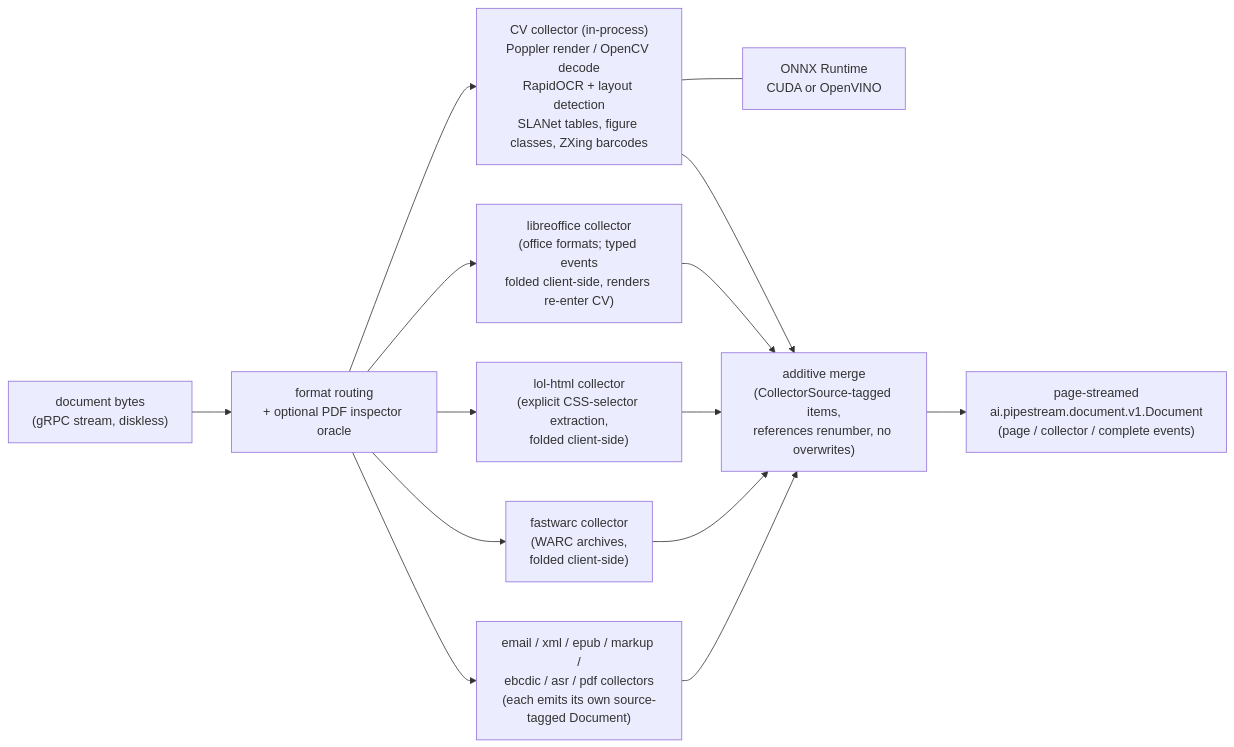
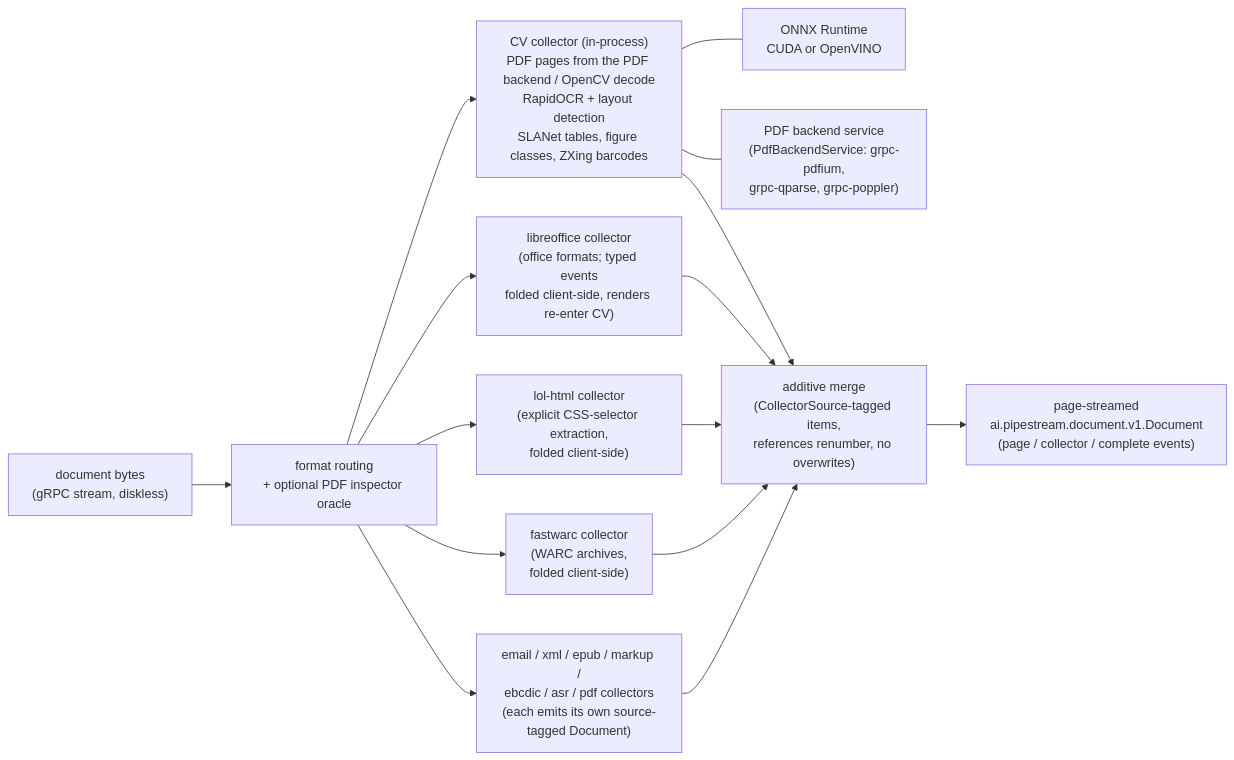
Before and after one commit to ai-pipestream/gRParse: the first of 2 diagrams in README.md, drawn with Mermaid. The commit also changed other lines of this file and 48 other files, not shown here.

````diff
--- a/README.md
+++ b/README.md
@@ -20,16 +20,17 @@
 ```mermaid
 flowchart LR
     in["document bytes<br/>(gRPC stream, diskless)"] --> route["format routing<br/>+ optional PDF inspector oracle"]
-    route --> cv["CV collector (in-process)<br/>Poppler render / OpenCV decode<br/>RapidOCR + layout detection<br/>SLANet tables, figure classes, ZXing barcodes"]
+    route --> cv["CV collector (in-process)<br/>PDF pages from the PDF backend / OpenCV decode<br/>RapidOCR + layout detection<br/>SLANet tables, figure classes, ZXing barcodes"]
     cv --- ort["ONNX Runtime<br/>CUDA or OpenVINO"]
+    cv --- pdfb["PDF backend service<br/>(PdfBackendService: grpc-pdfium,<br/>grpc-qparse, grpc-poppler)"]
     route --> lo["libreoffice collector<br/>(office formats; typed events<br/>folded client-side, renders re-enter CV)"]
     route --> lol["lol-html collector<br/>(explicit CSS-selector extraction,<br/>folded client-side)"]
     route --> fw["fastwarc collector<br/>(WARC archives,<br/>folded client-side)"]
     route --> rest["email / xml / epub / markup /<br/>ebcdic / asr / pdf collectors<br/>(each emits its own source-tagged Document)"]
     cv --> merge["additive merge<br/>(CollectorSource-tagged items,<br/>references renumber, no overwrites)"]
     lo --> merge
     lol --> merge
     fw --> merge
     rest --> merge
     merge --> out["page-streamed<br/>ai.pipestream.document.v1.Document<br/>(page / collector / complete events)"]
 ```
````
